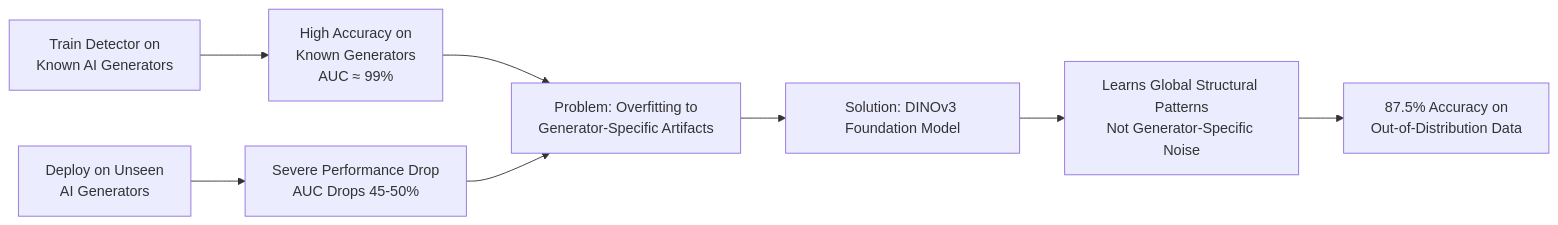
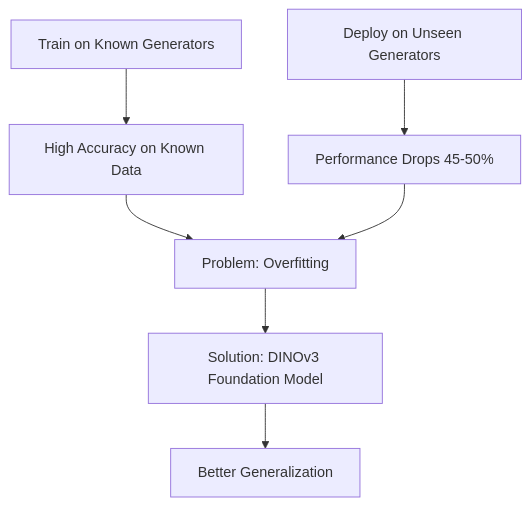
The seventh of 9 diagrams in docs/docs.md (Ashking-tech/python-script), drawn with Mermaid before and after one commit. The commit also changed other lines of this file, not shown here.

````diff
--- a/docs/docs.md
+++ b/docs/docs.md
@@ -366,13 +613,9 @@
 ```mermaid
-flowchart LR
-    A[Train Detector on<br>Known AI Generators] --> B[High Accuracy on<br>Known Generators<br>AUC ≈ 99%]
-    
-    C[Deploy on Unseen<br>AI Generators] --> D[Severe Performance Drop<br>AUC Drops 45-50%]
-    
-    B --> E[Problem: Overfitting to<br>Generator-Specific Artifacts]
+flowchart TD
+    A[Train on Known Generators] --> B[High Accuracy on Known Data]
+    C[Deploy on Unseen Generators] --> D[Performance Drops 45-50%]
+    B --> E[Problem: Overfitting]
     D --> E
-    
     E --> F[Solution: DINOv3 Foundation Model]
-    F --> G[Learns Global Structural Patterns<br>Not Generator-Specific Noise]
-    G --> H[87.5% Accuracy on<br>Out-of-Distribution Data]
+    F --> G[Better Generalization]
 ```
````
